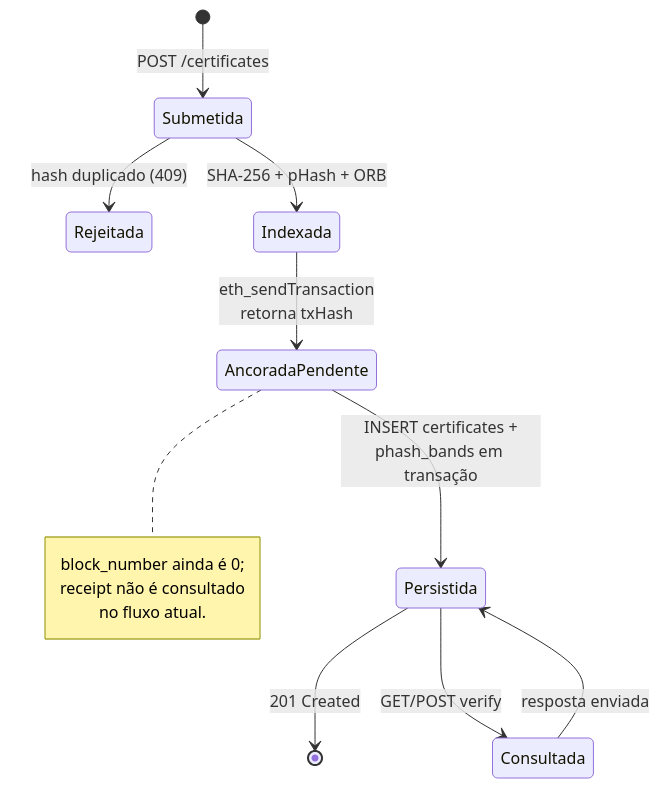
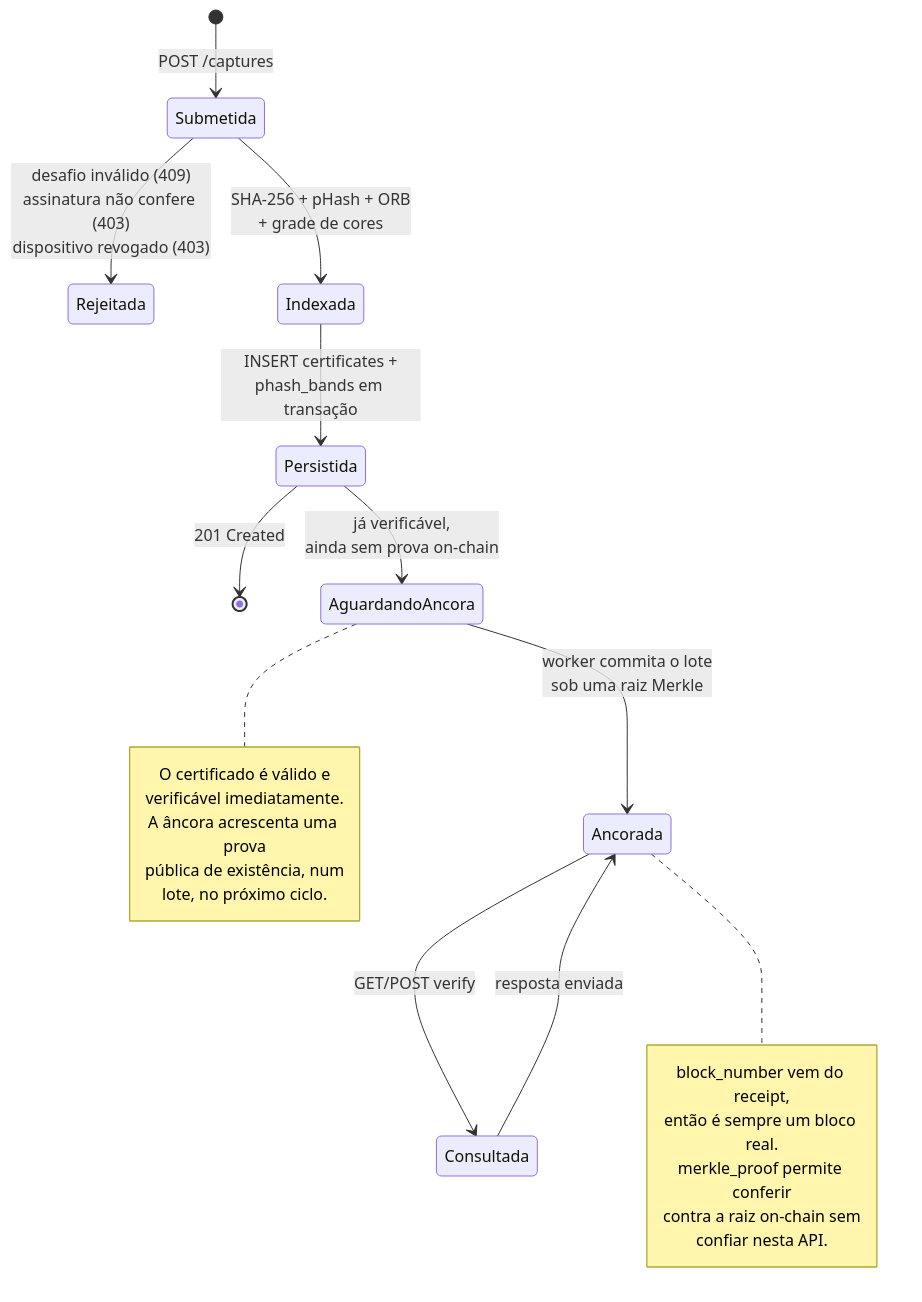
Before and after one commit to waizbart/aletheia-api: the second of 3 diagrams in docs/USAGE_FLOW.md, drawn with Mermaid. The commit also changed other lines of this file and 93 other files, not shown here.

````diff
--- a/docs/USAGE_FLOW.md
+++ b/docs/USAGE_FLOW.md
@@ -36,21 +43,32 @@
 ```mermaid
 stateDiagram-v2
-    [*] --> Submetida: POST /certificates
+    [*] --> Submetida: POST /captures
 
-    Submetida --> Rejeitada: hash duplicado (409)
-    Submetida --> Indexada: SHA-256 + pHash + ORB
+    Submetida --> Rejeitada: desafio inválido (409)<br/>assinatura não confere (403)<br/>dispositivo revogado (403)
+    Submetida --> Indexada: SHA-256 + pHash + ORB<br/>+ grade de cores
 
-    Indexada --> AncoradaPendente: eth_sendTransaction<br/>retorna txHash
-    AncoradaPendente --> Persistida: INSERT certificates +<br/>phash_bands em transação
-
+    Indexada --> Persistida: INSERT certificates +<br/>phash_bands em transação
     Persistida --> [*]: 201 Created
 
-    Persistida --> Consultada: GET/POST verify
-    Consultada --> Persistida: resposta enviada
+    Persistida --> AguardandoAncora: já verificável,<br/>ainda sem prova on-chain
+    AguardandoAncora --> Ancorada: worker commita o lote<br/>sob uma raiz Merkle
 
-    note right of AncoradaPendente
-      block_number ainda é 0;
-      receipt não é consultado
-      no fluxo atual.
+    Ancorada --> Consultada: GET/POST verify
+    Consultada --> Ancorada: resposta enviada
+
+    note right of AguardandoAncora
+      O certificado é válido e
+      verificável imediatamente.
+      A âncora acrescenta uma prova
+      pública de existência, num
+      lote, no próximo ciclo.
+    end note
+
+    note right of Ancorada
+      block_number vem do receipt,
+      então é sempre um bloco real.
+      merkle_proof permite conferir
+      contra a raiz on-chain sem
+      confiar nesta API.
     end note
 ```
````
